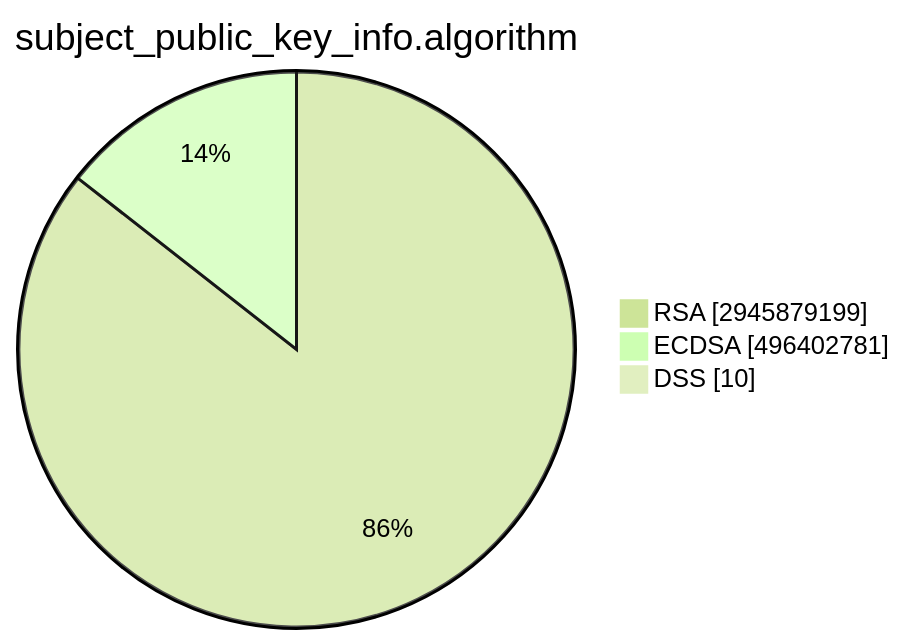
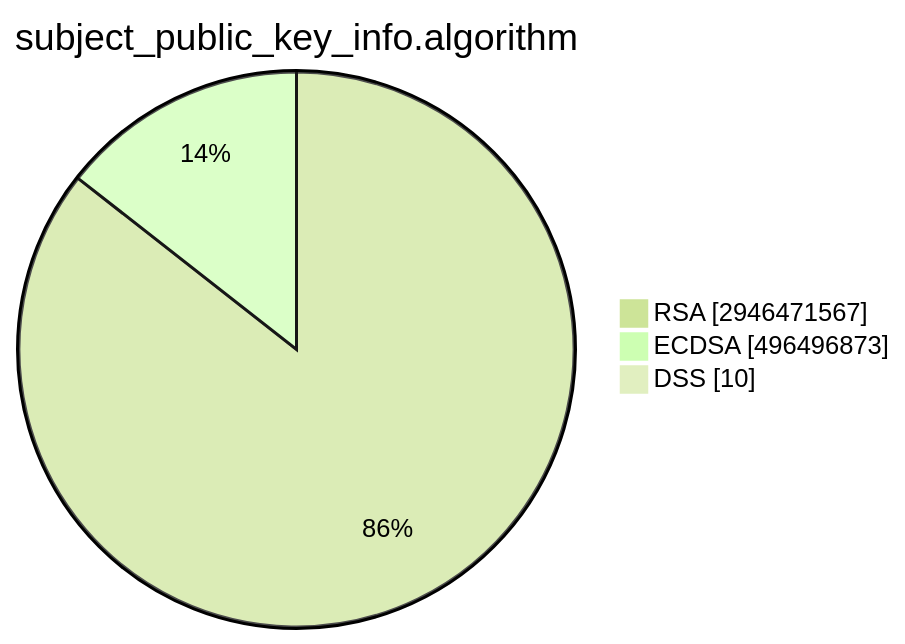
Before and after one commit to christiankrug/ctmonitor_visualization: the second of 15 diagrams in TOTAL/README.md, drawn with Mermaid (forest theme). The commit also changed other lines of this file, not shown here.

````diff
--- a/TOTAL/README.md
+++ b/TOTAL/README.md
@@ -6,7 +6,7 @@
 ```mermaid
 pie showData
 title subject_public_key_info.algorithm
-"RSA" :2945879199
-"ECDSA" :496402781
+"RSA" :2946471567
+"ECDSA" :496496873
 "DSS" :10
 ```
````
